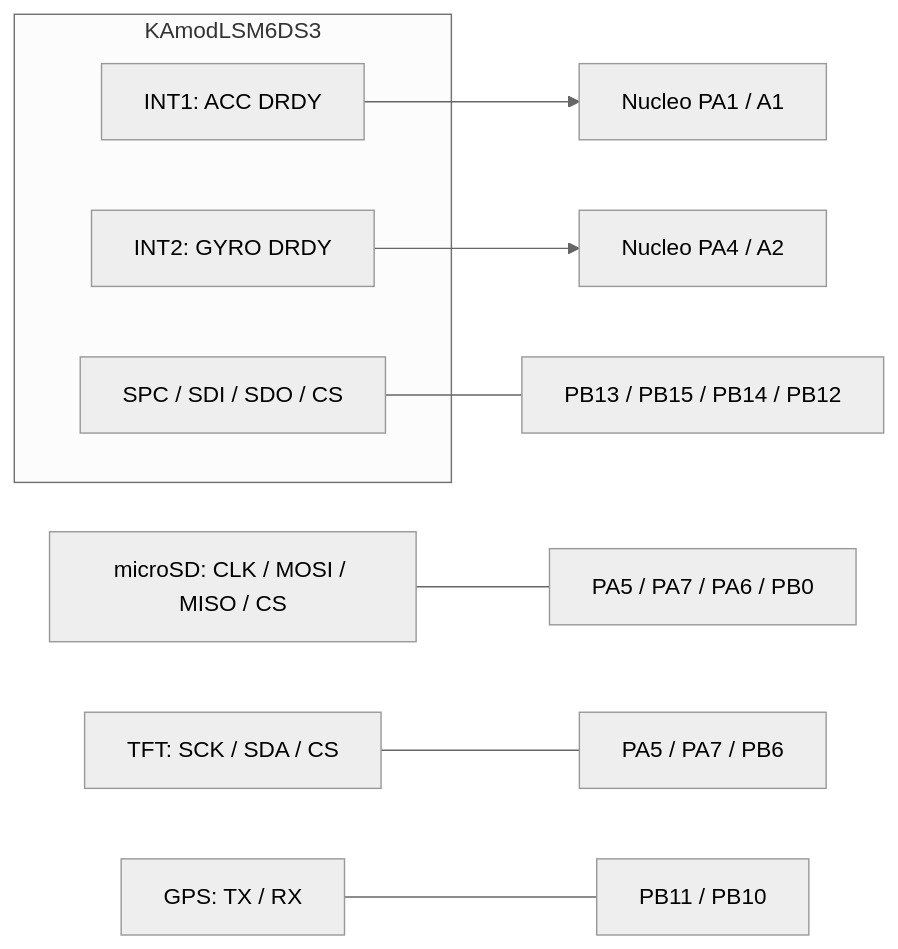
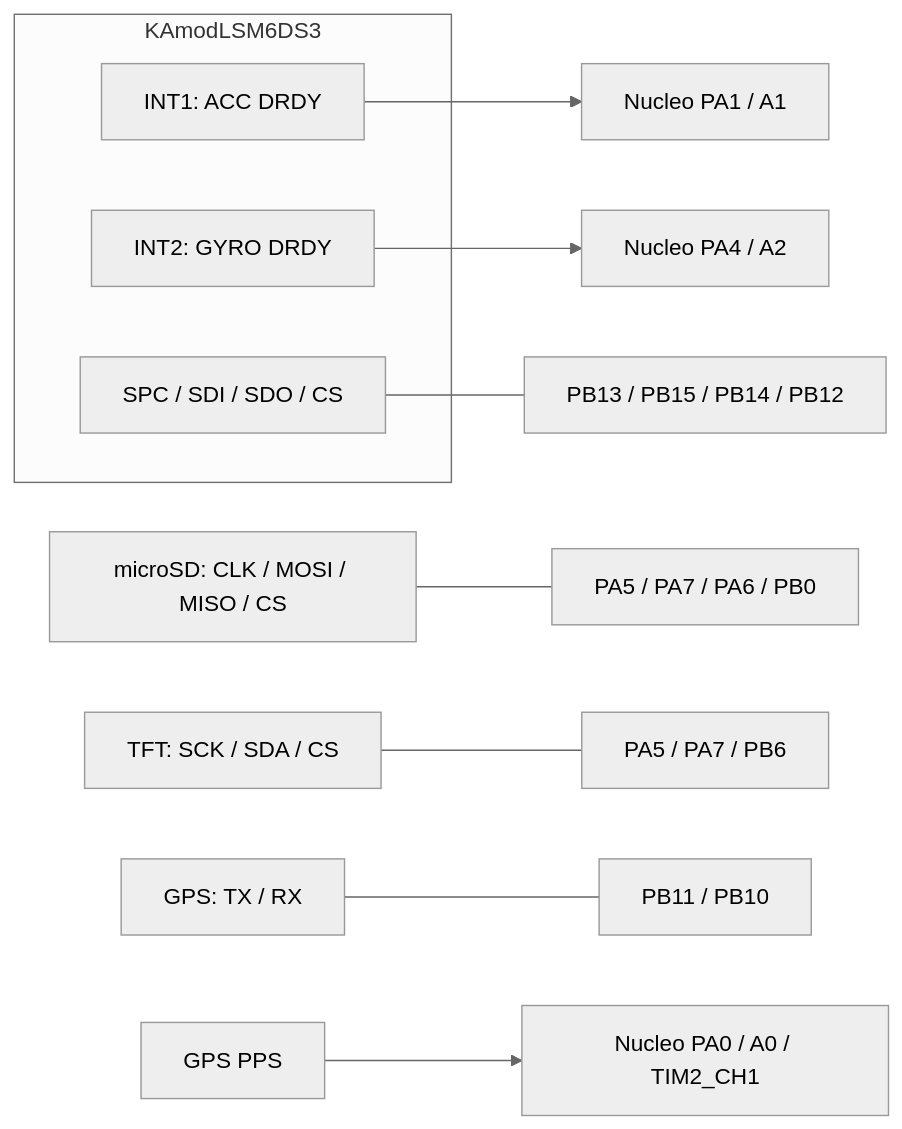
One commit to Paddy625/LapTune_STM32 changed the diagram in docs/P0_LOGGER.md. Above: the diagram before and after it, drawn with Mermaid (neutral theme). The commit also changed other lines of this file and 44 other files, not shown here.

````diff
--- a/docs/P0_LOGGER.md
+++ b/docs/P0_LOGGER.md
@@ -18,14 +20,15 @@
 ```mermaid
 flowchart LR
   subgraph IMU[KAmodLSM6DS3]
     INT1[INT1: ACC DRDY]
     INT2[INT2: GYRO DRDY]
     SPI2[SPC / SDI / SDO / CS]
   end
   INT1 --> PA1[Nucleo PA1 / A1]
   INT2 --> PA4[Nucleo PA4 / A2]
   SPI2 --- BUS2[PB13 / PB15 / PB14 / PB12]
   SD[microSD: CLK / MOSI / MISO / CS] --- BUS1[PA5 / PA7 / PA6 / PB0]
   TFT[TFT: SCK / SDA / CS] --- TFTBUS[PA5 / PA7 / PB6]
   GPS[GPS: TX / RX] --- UART[PB11 / PB10]
+  PPS[GPS PPS] --> PA0[Nucleo PA0 / A0 / TIM2_CH1]
 ```
````
